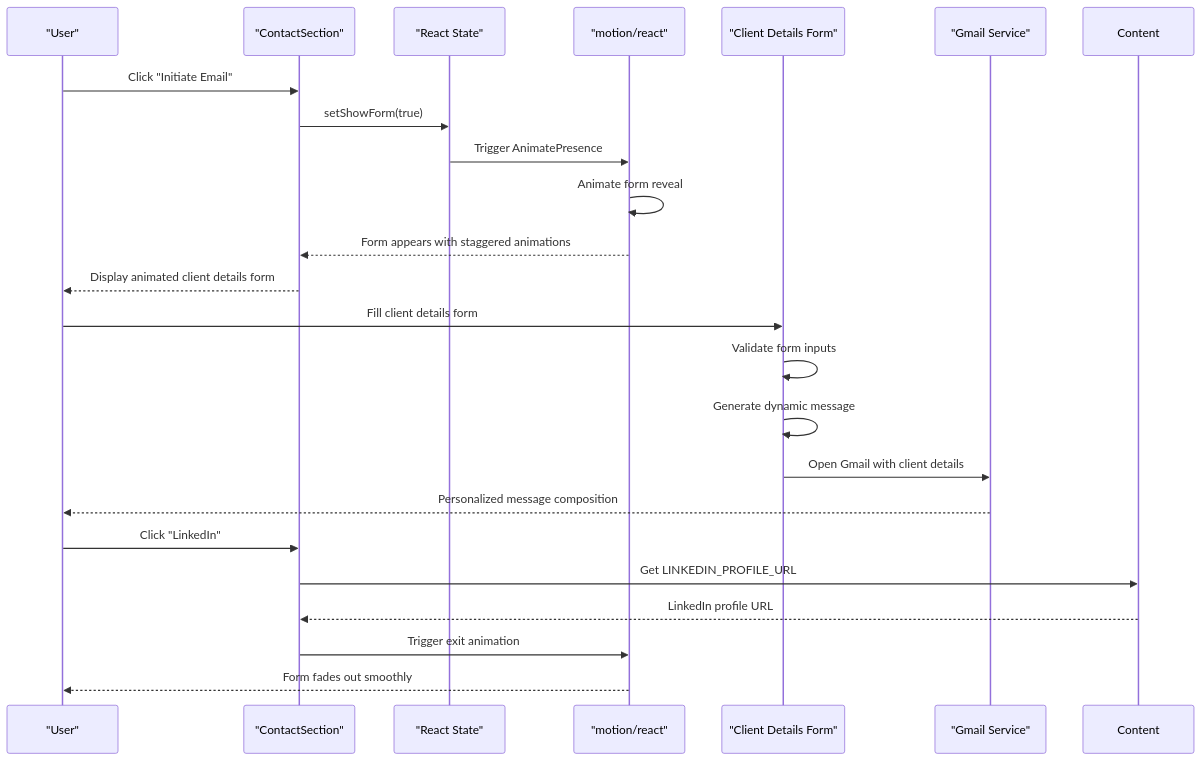
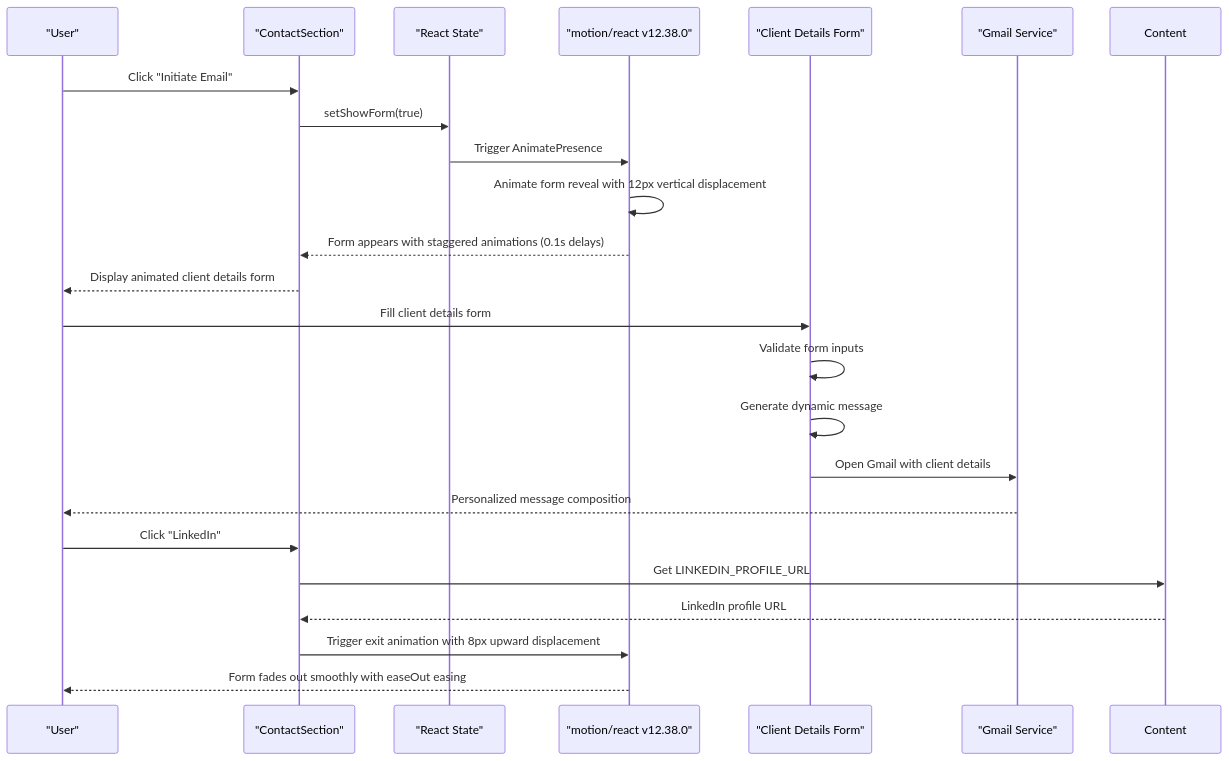
Before and after one commit to subash7781/Portfolio: the second of 5 diagrams in .qoder/repowiki/en/content/Component Library & UI Elements/ContactSection Component.md, drawn with Mermaid. The commit also changed other lines of this file and 9 other files, not shown here.

````diff
--- a/.qoder/repowiki/en/content/Component Library & UI Elements/ContactSection Component.md
+++ b/.qoder/repowiki/en/content/Component Library & UI Elements/ContactSection Component.md
@@ -130,25 +130,25 @@
 ```mermaid
 sequenceDiagram
 participant User as "User"
 participant Contact as "ContactSection"
 participant State as "React State"
-participant Motion as "motion/react"
+participant Motion as "motion/react v12.38.0"
 participant Form as "Client Details Form"
 participant Gmail as "Gmail Service"
 User->>Contact : Click "Initiate Email"
 Contact->>State : setShowForm(true)
 State->>Motion : Trigger AnimatePresence
-Motion->>Motion : Animate form reveal
-Motion-->>Contact : Form appears with staggered animations
+Motion->>Motion : Animate form reveal with 12px vertical displacement
+Motion-->>Contact : Form appears with staggered animations (0.1s delays)
 Contact-->>User : Display animated client details form
 User->>Form : Fill client details form
 Form->>Form : Validate form inputs
 Form->>Form : Generate dynamic message
 Form->>Gmail : Open Gmail with client details
 Gmail-->>User : Personalized message composition
 User->>Contact : Click "LinkedIn"
 Contact->>Content : Get LINKEDIN_PROFILE_URL
 Content-->>Contact : LinkedIn profile URL
-Contact->>Motion : Trigger exit animation
-Motion-->>User : Form fades out smoothly
+Contact->>Motion : Trigger exit animation with 8px upward displacement
+Motion-->>User : Form fades out smoothly with easeOut easing
 ```
````
